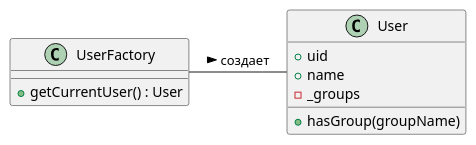
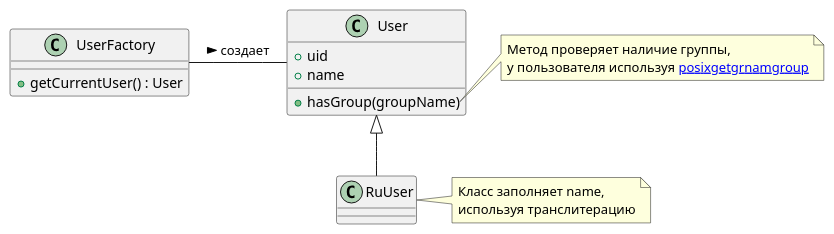
The diagram in docs/entities.puml (ilb/posixuserjs), drawn with PlantUML before and after one commit. The commit also changed 3 other files, not shown here.

```diff
--- a/docs/entities.puml
+++ b/docs/entities.puml
@@ -1,16 +1,28 @@
 @startuml entities
 
 class User{
     + uid
     + name
-    - _groups
     + hasGroup(groupName)
 }
+
+note right of User::hasGroup
+  Метод проверяет наличие группы,
+  у пользователя используя [[https://www.npmjs.com/package/posix#posixgetgrnamgroup posixgetgrnamgroup]]
+end note
 
 class UserFactory {
     + getCurrentUser() : User
 }
 
 UserFactory - User : создает >
 
+class RuUser extends User{
+}
+
+note right of RuUser
+  Класс заполняет name, 
+  используя транслитерацию
+end note
+
 @enduml
```
